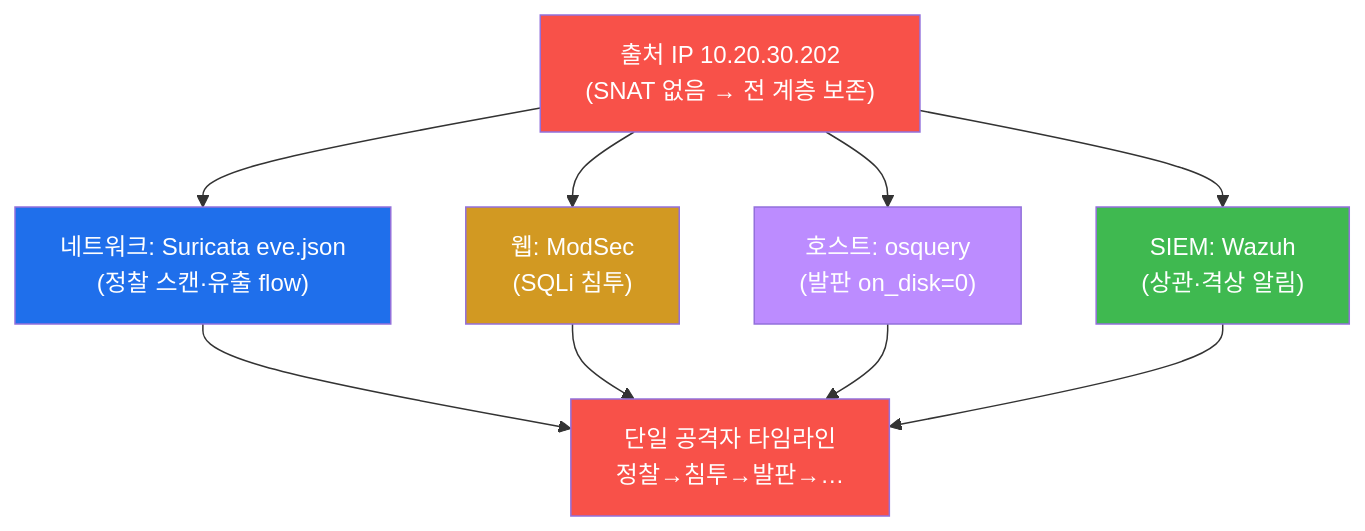
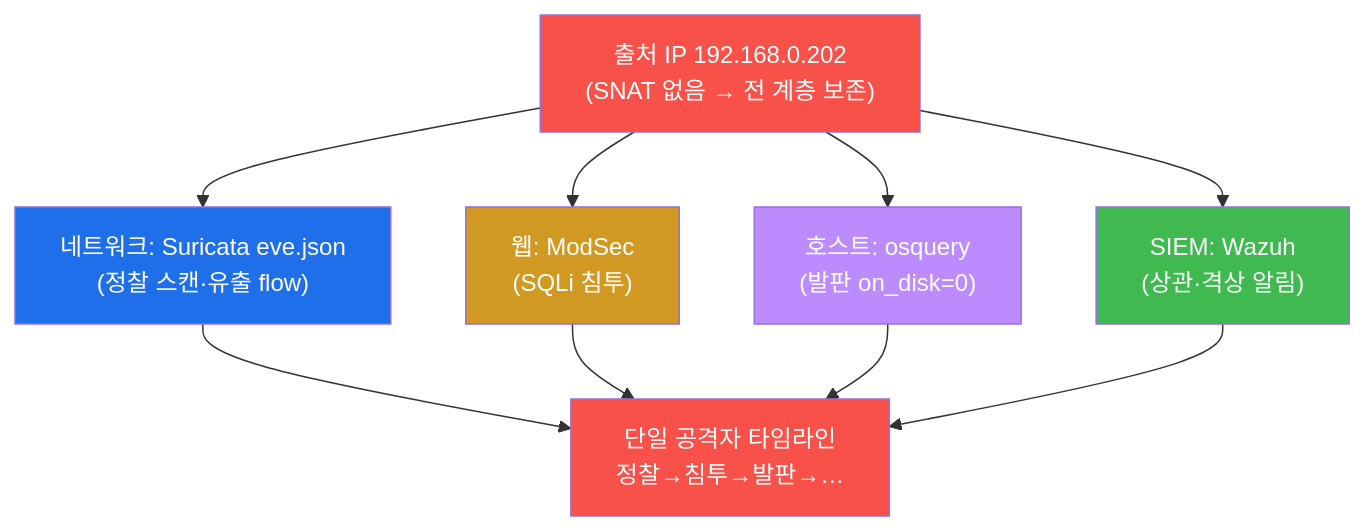
One commit to mrgrit/tw2 changed the fourth of 5 diagrams in contents/training/soc-adv/lecture_week15.md. Above: the diagram before and after it, drawn with Mermaid. The commit also changed other lines of this file and 28 other files, not shown here.

````diff
--- a/contents/training/soc-adv/lecture_week15.md
+++ b/contents/training/soc-adv/lecture_week15.md
@@ -172,18 +172,18 @@
 ```mermaid
 graph TD
-    SRC["출처 IP 10.20.30.202<br/>(SNAT 없음 → 전 계층 보존)"]
+    SRC["출처 IP 192.168.0.202<br/>(SNAT 없음 → 전 계층 보존)"]
     SRC --> N["네트워크: Suricata eve.json<br/>(정찰 스캔·유출 flow)"]
     SRC --> W["웹: ModSec<br/>(SQLi 침투)"]
     SRC --> H["호스트: osquery<br/>(발판 on_disk=0)"]
     SRC --> S["SIEM: Wazuh<br/>(상관·격상 알림)"]
     N --> TL["단일 공격자 타임라인<br/>정찰→침투→발판→…"]
     W --> TL
     H --> TL
     S --> TL
     style SRC fill:#f85149,color:#fff
     style N fill:#1f6feb,color:#fff
     style W fill:#d29922,color:#fff
     style H fill:#bc8cff,color:#fff
     style S fill:#3fb950,color:#fff
     style TL fill:#f85149,color:#fff
 ```
````
